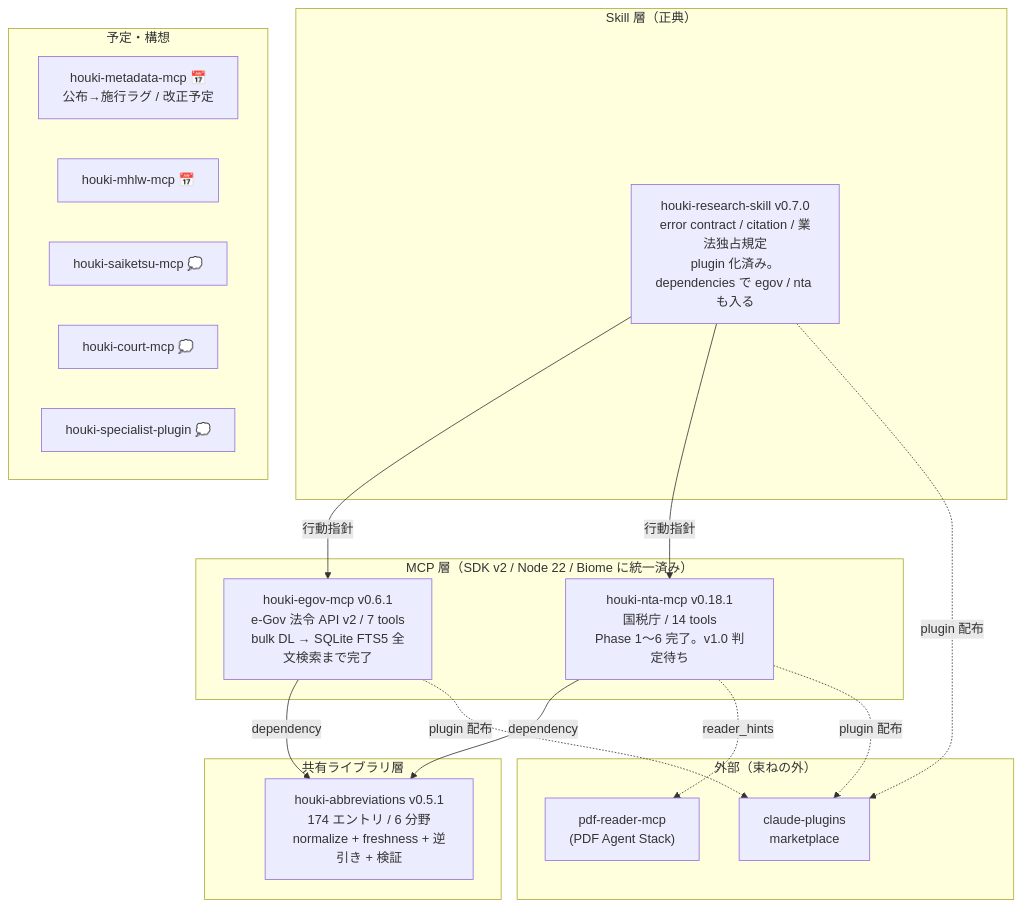
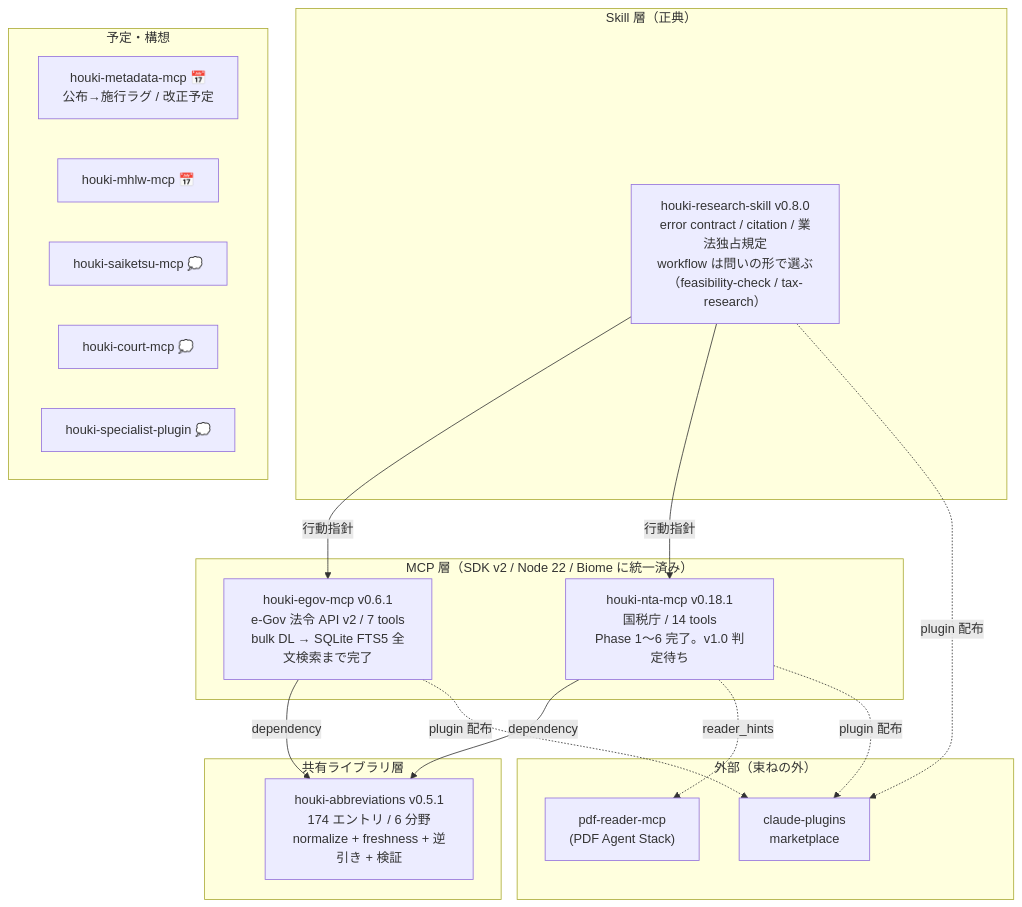
Before and after one commit to shuji-bonji/houki-hub: the diagram in docs/ROADMAP.md, drawn with Mermaid. The commit also changed other lines of this file and 4 other files, not shown here.

First line of the commit message:
docs: houki-research-skill v0.8.0 に追随（stack / README / site の skills ページに問いの形 → 手順の表 / ROADMAP）

````diff
--- a/docs/ROADMAP.md
+++ b/docs/ROADMAP.md
@@ -8,28 +8,28 @@
 ```mermaid
 graph TB
     subgraph Skill層["Skill 層（正典）"]
-        SKILL["houki-research-skill v0.7.0<br/>error contract / citation / 業法独占規定<br/>plugin 化済み。dependencies で egov / nta も入る"]
+        SKILL["houki-research-skill v0.8.0<br/>error contract / citation / 業法独占規定<br/>workflow は問いの形で選ぶ（feasibility-check / tax-research）"]
     end
     subgraph MCP層["MCP 層（SDK v2 / Node 22 / Biome に統一済み）"]
         EGOV["houki-egov-mcp v0.6.1<br/>e-Gov 法令 API v2 / 7 tools<br/>bulk DL → SQLite FTS5 全文検索まで完了"]
         NTA["houki-nta-mcp v0.18.1<br/>国税庁 / 14 tools<br/>Phase 1〜6 完了。v1.0 判定待ち"]
     end
     subgraph 共有層["共有ライブラリ層"]
         ABBR["houki-abbreviations v0.5.1<br/>174 エントリ / 6 分野<br/>normalize + freshness + 逆引き + 検証"]
     end
     subgraph 外部["外部（束ねの外）"]
         PDF["pdf-reader-mcp<br/>(PDF Agent Stack)"]
         PLUGINS["claude-plugins<br/>marketplace"]
     end
     SKILL -->|行動指針| EGOV & NTA
     EGOV & NTA -->|dependency| ABBR
     NTA -.->|reader_hints| PDF
     EGOV & NTA & SKILL -.->|plugin 配布| PLUGINS
     subgraph 将来["予定・構想"]
         META["houki-metadata-mcp 📅<br/>公布→施行ラグ / 改正予定"]
         MHLW["houki-mhlw-mcp 📅"]
         SAIKETSU["houki-saiketsu-mcp 💭"]
         COURT["houki-court-mcp 💭"]
         AGENT["houki-specialist-plugin 💭"]
     end
 ```
````
